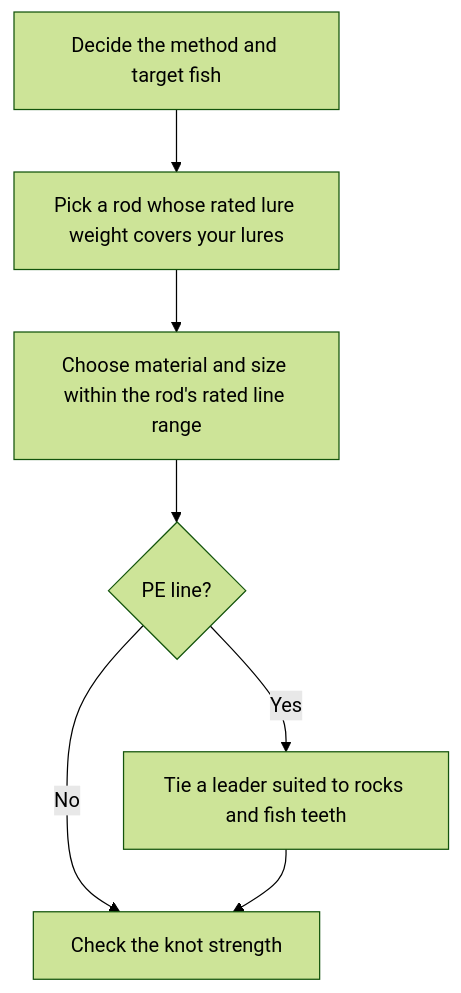
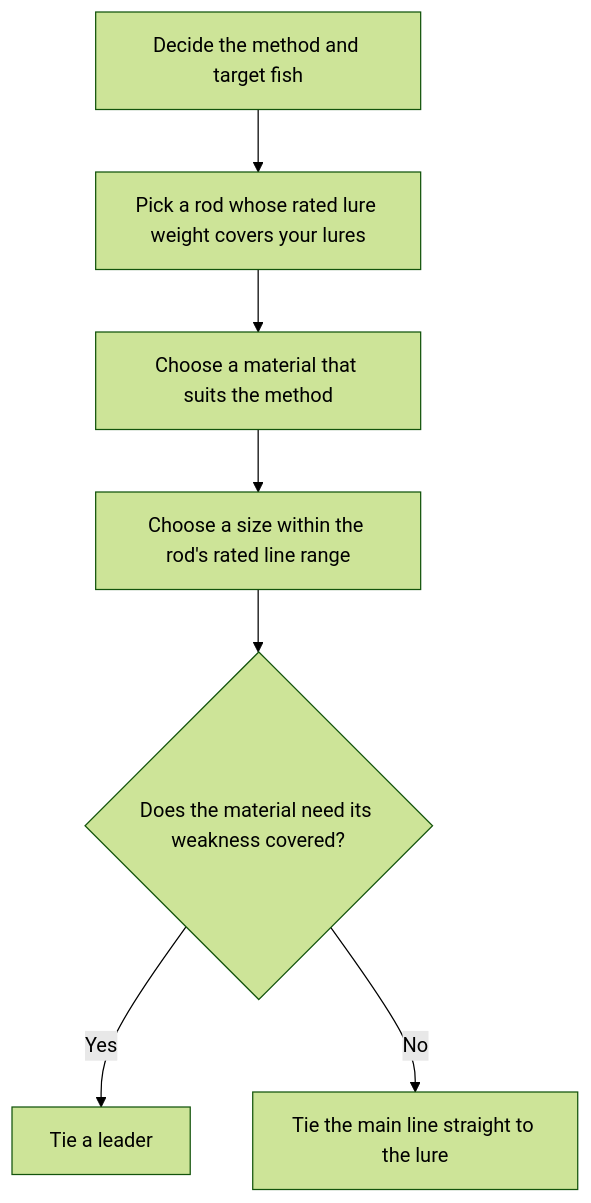
Before and after one commit to bmf-san/bmf-tech: the diagram in content/en/posts/fishing-line-size-lure-weight.md, drawn with Mermaid (forest theme). The commit also changed other lines of this file and 1 other file, not shown here.

````diff
--- a/content/en/posts/fishing-line-size-lure-weight.md
+++ b/content/en/posts/fishing-line-size-lure-weight.md
@@ -177,9 +178,9 @@
 ```mermaid
 flowchart TD
     A["Decide the method and target fish"] --> B["Pick a rod whose rated lure weight covers your lures"]
-    B --> C["Choose material and size within the rod's rated line range"]
-    C --> D{"PE line?"}
-    D -->|"Yes"| E["Tie a leader suited to rocks and fish teeth"]
-    D -->|"No"| F["Check the knot strength"]
-    E --> F
+    B --> C["Choose a material that suits the method"]
+    C --> D["Choose a size within the rod's rated line range"]
+    D --> E{"Does the material need its weakness covered?"}
+    E -->|"Yes"| F["Tie a leader"]
+    E -->|"No"| G["Tie the main line straight to the lure"]
 ```
````
